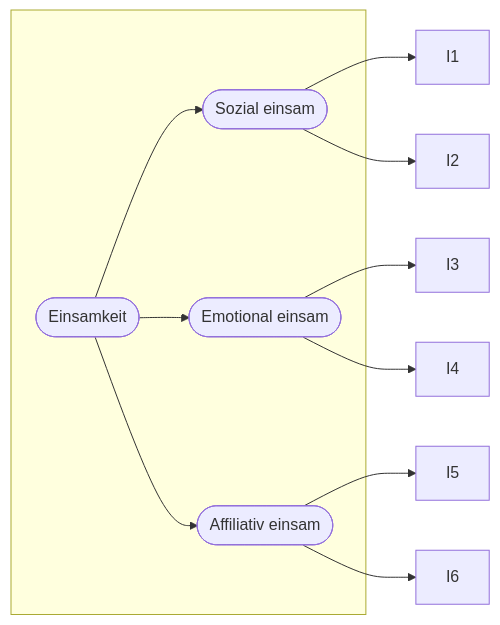
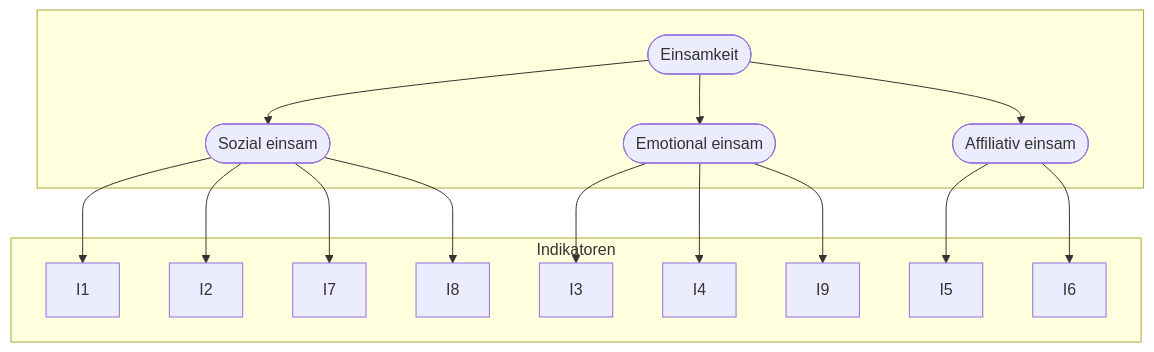
The fifth of 5 diagrams in slides/03-Unterscheiden_Dimensionalität.qmd (HauptSoc/grundlagen.emp.soz), drawn with Mermaid before and after one commit. The commit also changed other lines of this file and 38 other files, not shown here.

````diff
--- a/slides/03-Unterscheiden_Dimensionalität.qmd
+++ b/slides/03-Unterscheiden_Dimensionalität.qmd
@@ -188,17 +245,19 @@
 ```{mermaid}
 %%| fig-align: center
-flowchart LR
+flowchart TB
 
 
 subgraph K[" "]
 E([Einsamkeit])
 GE(["`Sozial einsam`"])
 IE(["`Emotional einsam`"])
 AE(["`Affiliativ einsam`"])
 end 
 
+subgraph I["Indikatoren"]
 E --> GE & IE & AE
-GE --> I1 & I2
-IE --> I3 & I4
+GE --> I1 & I2 & I7 & I8
+IE --> I3 & I4 & I9
 AE --> I5 & I6
+end 
 ```
````
